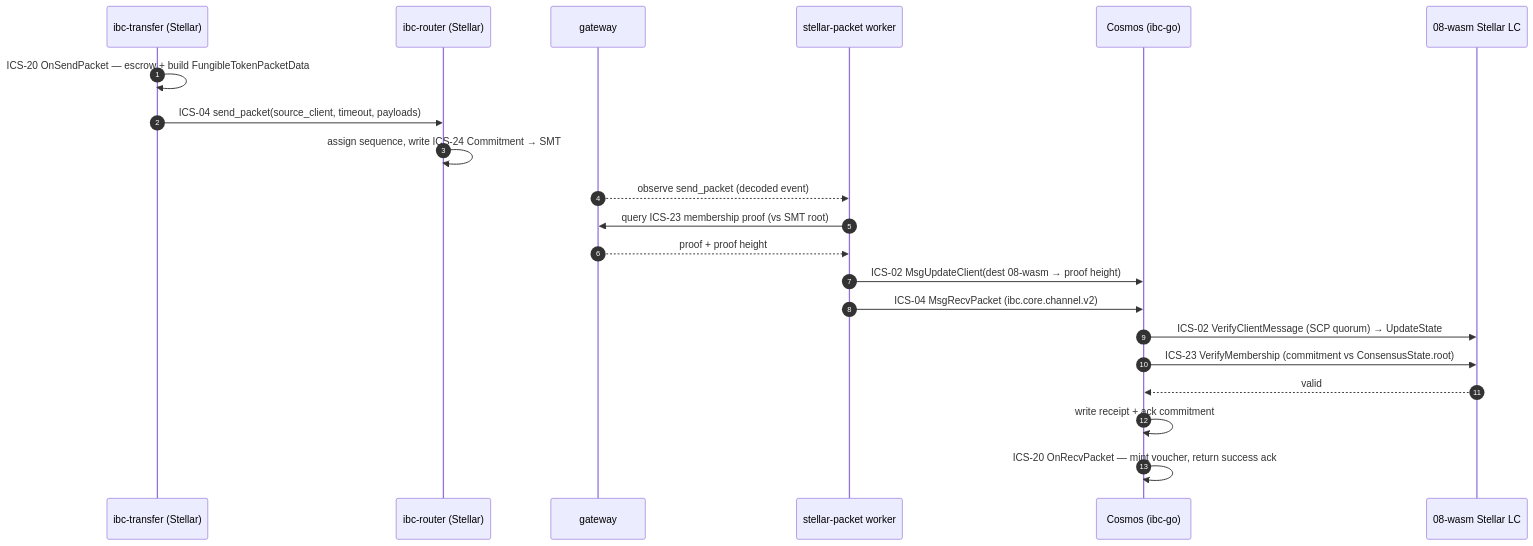
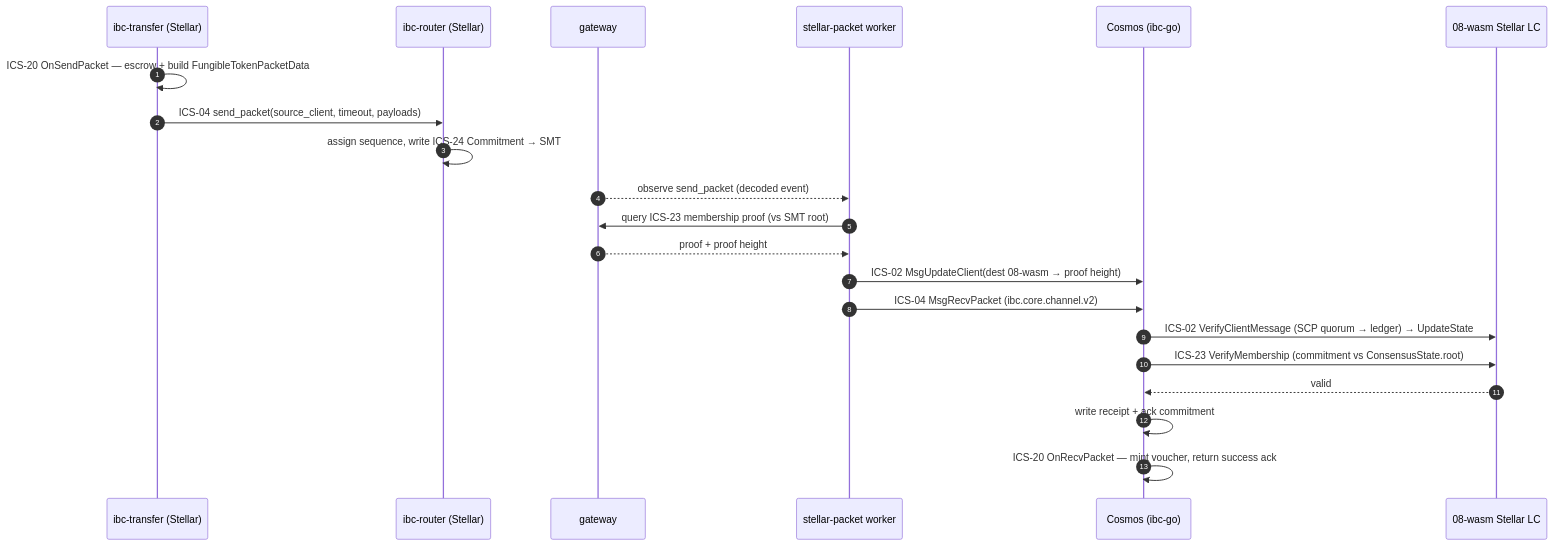
Before and after one commit to amandagonsalves/sdf-ibc-proposal: the fourth of 6 diagrams in architecture.md, drawn with Mermaid. The commit also changed other lines of this file and 14 other files, not shown here.

````diff
--- a/architecture.md
+++ b/architecture.md
@@ -389,24 +522,24 @@
 ```mermaid
 sequenceDiagram
     autonumber
     participant TR as ibc-transfer (Stellar)
     participant RT as ibc-router (Stellar)
     participant GW as gateway
     participant WK as stellar-packet worker
     participant CO as Cosmos (ibc-go)
     participant WASM as 08-wasm Stellar LC
 
     TR->>TR: ICS-20 OnSendPacket — escrow + build FungibleTokenPacketData
     TR->>RT: ICS-04 send_packet(source_client, timeout, payloads)
     RT->>RT: assign sequence, write ICS-24 Commitment → SMT
     GW-->>WK: observe send_packet (decoded event)
     WK->>GW: query ICS-23 membership proof (vs SMT root)
     GW-->>WK: proof + proof height
     WK->>CO: ICS-02 MsgUpdateClient(dest 08-wasm → proof height)
     WK->>CO: ICS-04 MsgRecvPacket (ibc.core.channel.v2)
-    CO->>WASM: ICS-02 VerifyClientMessage (SCP quorum) → UpdateState
+    CO->>WASM: ICS-02 VerifyClientMessage (SCP quorum → ledger) → UpdateState
     CO->>WASM: ICS-23 VerifyMembership (commitment vs ConsensusState.root)
     WASM-->>CO: valid
     CO->>CO: write receipt + ack commitment
     CO->>CO: ICS-20 OnRecvPacket — mint voucher, return success ack
 ```
````
